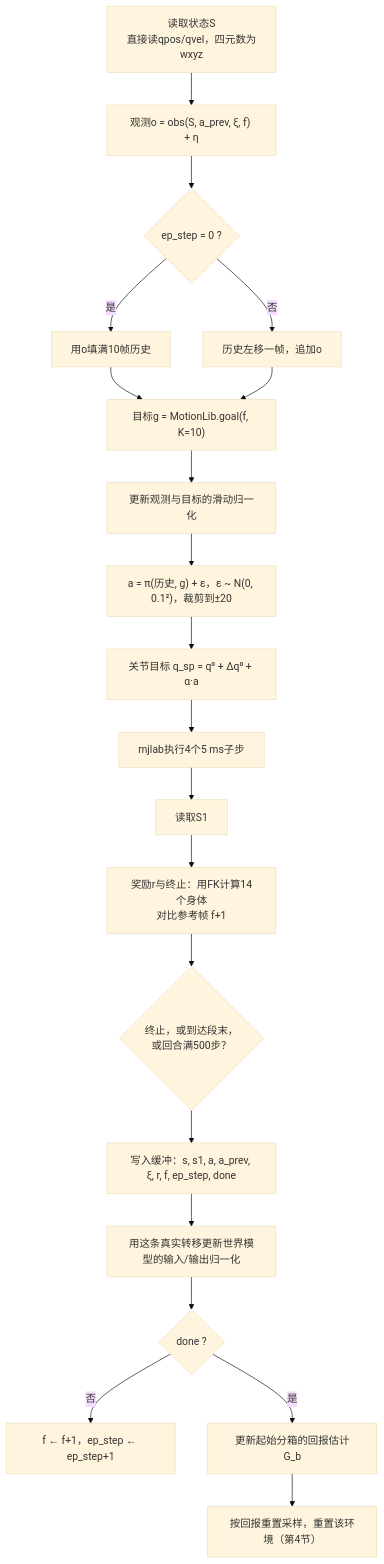
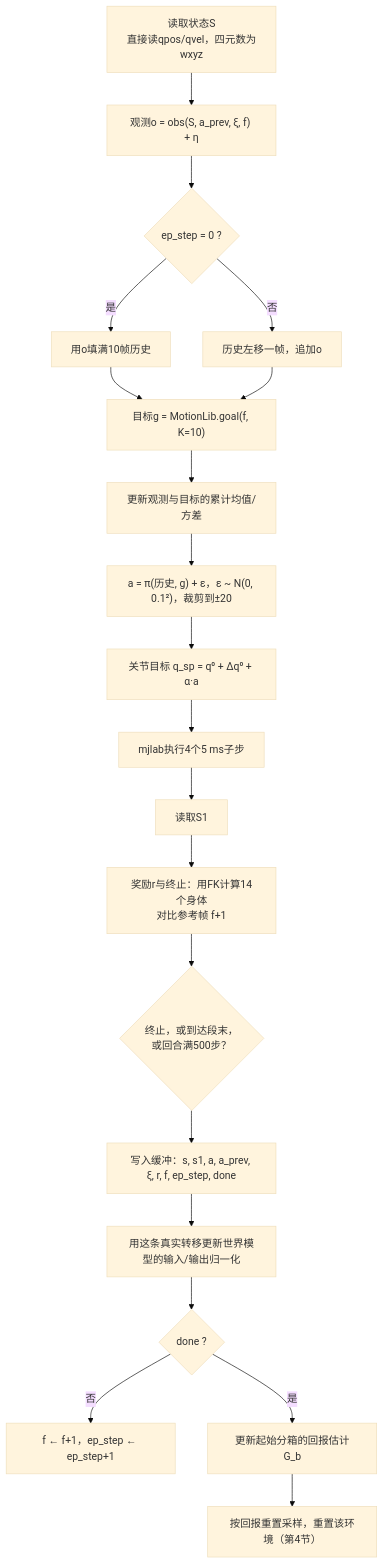
The fourth of 11 diagrams in docs/analysis/training_pipeline.md (RaraAlu/Supermimic), drawn with Mermaid (base theme) before and after one commit. The commit also changed other lines of this file and 12 other files, not shown here.

````diff
--- a/docs/analysis/training_pipeline.md
+++ b/docs/analysis/training_pipeline.md
@@ -150,22 +299,22 @@
 ```mermaid
 flowchart TD
     S0["读取状态S<br/>直接读qpos/qvel，四元数为wxyz"] --> OBS["观测o = obs(S, a_prev, ξ, f) + η"]
     OBS --> HIST{"ep_step = 0 ?"}
     HIST -->|"是"| FILL["用o填满10帧历史"]
     HIST -->|"否"| SHIFT["历史左移一帧，追加o"]
     FILL --> GOAL["目标g = MotionLib.goal(f, K=10)"]
     SHIFT --> GOAL
-    GOAL --> NORM["更新观测与目标的滑动归一化"]
+    GOAL --> NORM["更新观测与目标的累计均值/方差"]
     NORM --> ACT["a = π(历史, g) + ε，ε ~ N(0, 0.1²)，裁剪到±20"]
     ACT --> TGT["关节目标 q_sp = q⁰ + Δq⁰ + α·a"]
     TGT --> SUB["mjlab执行4个5 ms子步"]
     SUB --> S1["读取S1"]
     S1 --> RW["奖励r与终止：用FK计算14个身体<br/>对比参考帧 f+1"]
     RW --> TO{"终止，或到达段末，<br/>或回合满500步？"}
     TO --> ADD["写入缓冲：s, s1, a, a_prev, ξ, r, f, ep_step, done"]
     ADD --> WMN["用这条真实转移更新世界模型的输入/输出归一化"]
     WMN --> DONEQ{"done ?"}
     DONEQ -->|"否"| NEXT["f ← f+1，ep_step ← ep_step+1"]
     DONEQ -->|"是"| BIN["更新起始分箱的回报估计G_b"]
     BIN --> RST["按回报重置采样，重置该环境（第4节）"]
 ```
````
